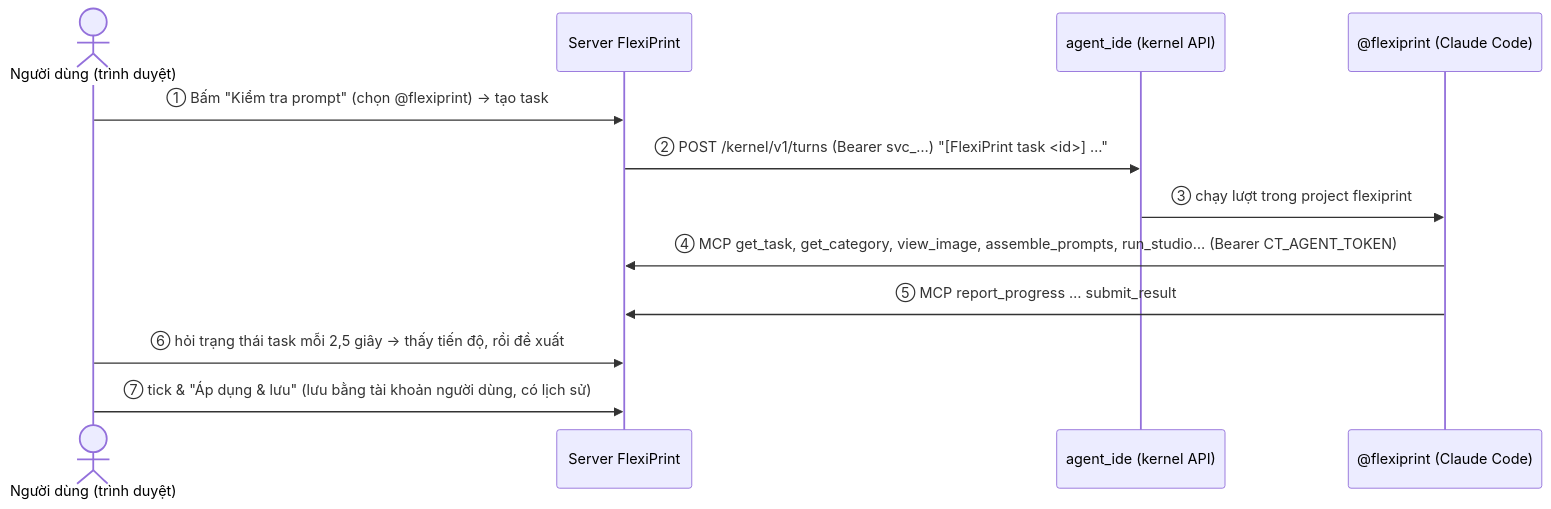
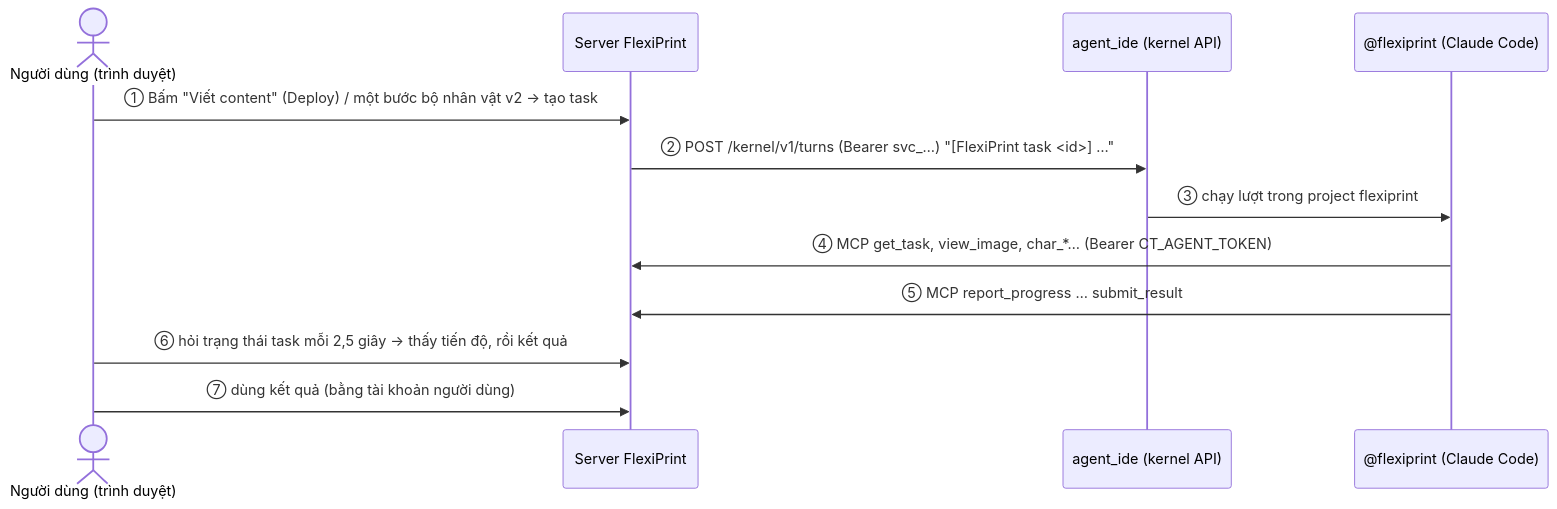
One commit to lehoangan1503/FlexiPrint changed the diagram in integrations/agent-ide/README.md. Above: the diagram before and after it, drawn with Mermaid. The commit also changed other lines of this file and 133 other files, not shown here.

````diff
--- a/integrations/agent-ide/README.md
+++ b/integrations/agent-ide/README.md
@@ -38,14 +39,14 @@
 ```mermaid
 sequenceDiagram
     actor U as Người dùng (trình duyệt)
     participant F as Server FlexiPrint
     participant K as agent_ide (kernel API)
     participant A as @flexiprint (Claude Code)
-    U->>F: ① Bấm "Kiểm tra prompt" (chọn @flexiprint) → tạo task
+    U->>F: ① Bấm "Viết content" (Deploy) / một bước bộ nhân vật v2 → tạo task
     F->>K: ② POST /kernel/v1/turns  (Bearer svc_…)  "[FlexiPrint task <id>] …"
     K->>A: ③ chạy lượt trong project flexiprint
-    A->>F: ④ MCP get_task, get_category, view_image, assemble_prompts, run_studio…  (Bearer CT_AGENT_TOKEN)
+    A->>F: ④ MCP get_task, view_image, char_*…  (Bearer CT_AGENT_TOKEN)
     A->>F: ⑤ MCP report_progress … submit_result
-    U->>F: ⑥ hỏi trạng thái task mỗi 2,5 giây → thấy tiến độ, rồi đề xuất
-    U->>F: ⑦ tick & "Áp dụng & lưu" (lưu bằng tài khoản người dùng, có lịch sử)
+    U->>F: ⑥ hỏi trạng thái task mỗi 2,5 giây → thấy tiến độ, rồi kết quả
+    U->>F: ⑦ dùng kết quả (bằng tài khoản người dùng)
 ```
````
